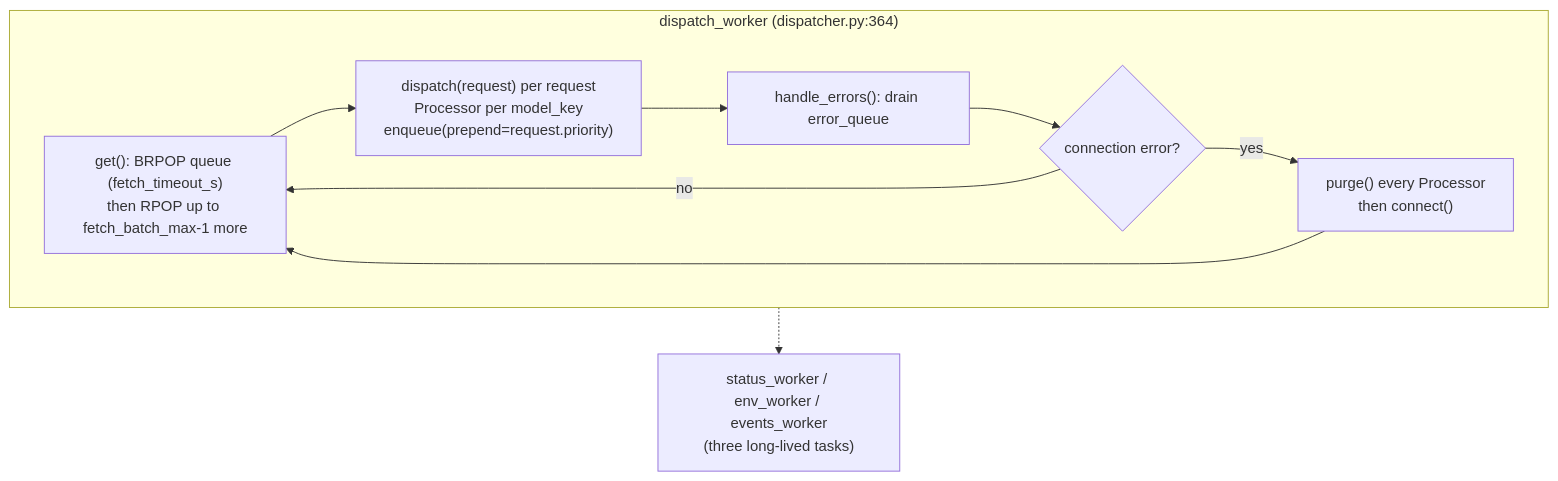
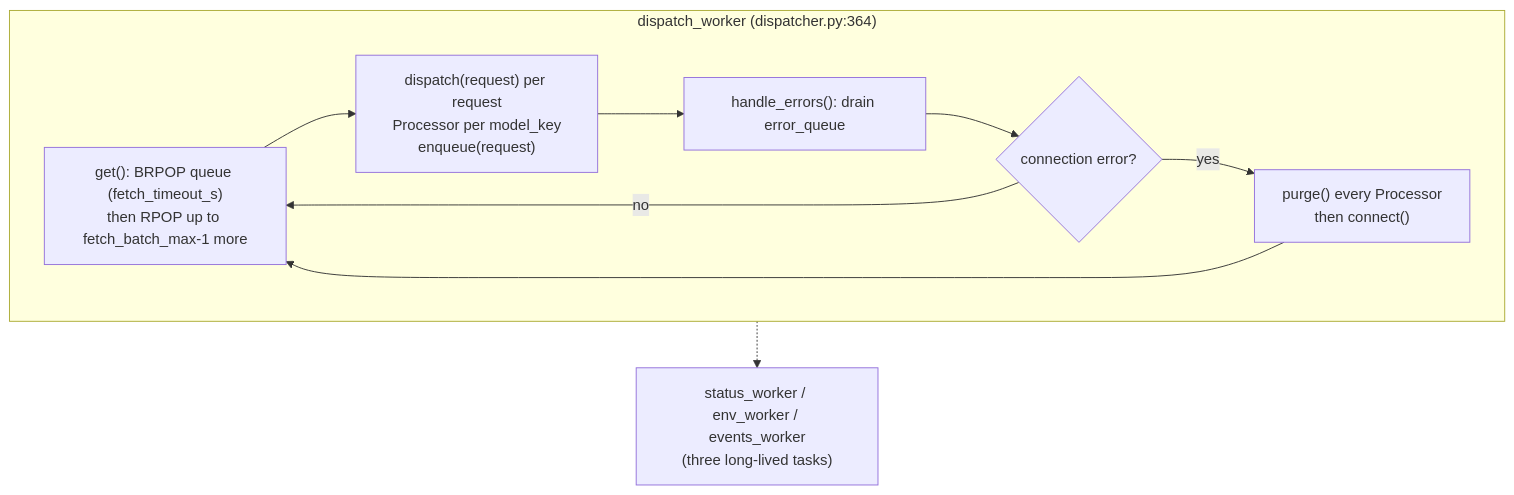
Before and after one commit to ndif-team/ndif: the diagram in docs/developing/queue-internals.md, drawn with Mermaid. The commit also changed other lines of this file and 9 other files, not shown here.

````diff
--- a/docs/developing/queue-internals.md
+++ b/docs/developing/queue-internals.md
@@ -72,16 +72,16 @@
 ```mermaid
 flowchart TB
   subgraph DW["dispatch_worker (dispatcher.py:364)"]
     G["get(): BRPOP queue (fetch_timeout_s)<br/>then RPOP up to fetch_batch_max-1 more"]
-    D["dispatch(request) per request<br/>Processor per model_key<br/>enqueue(prepend=request.priority)"]
+    D["dispatch(request) per request<br/>Processor per model_key<br/>enqueue(request)"]
     H["handle_errors(): drain error_queue"]
     CE{"connection error?"}
     P["purge() every Processor<br/>then connect()"]
   end
   SW["status_worker / env_worker / events_worker<br/>(three long-lived tasks)"]
 
   G --> D --> H --> CE
   CE -- yes --> P --> G
   CE -- no --> G
   DW -.-> SW
 ```
````
